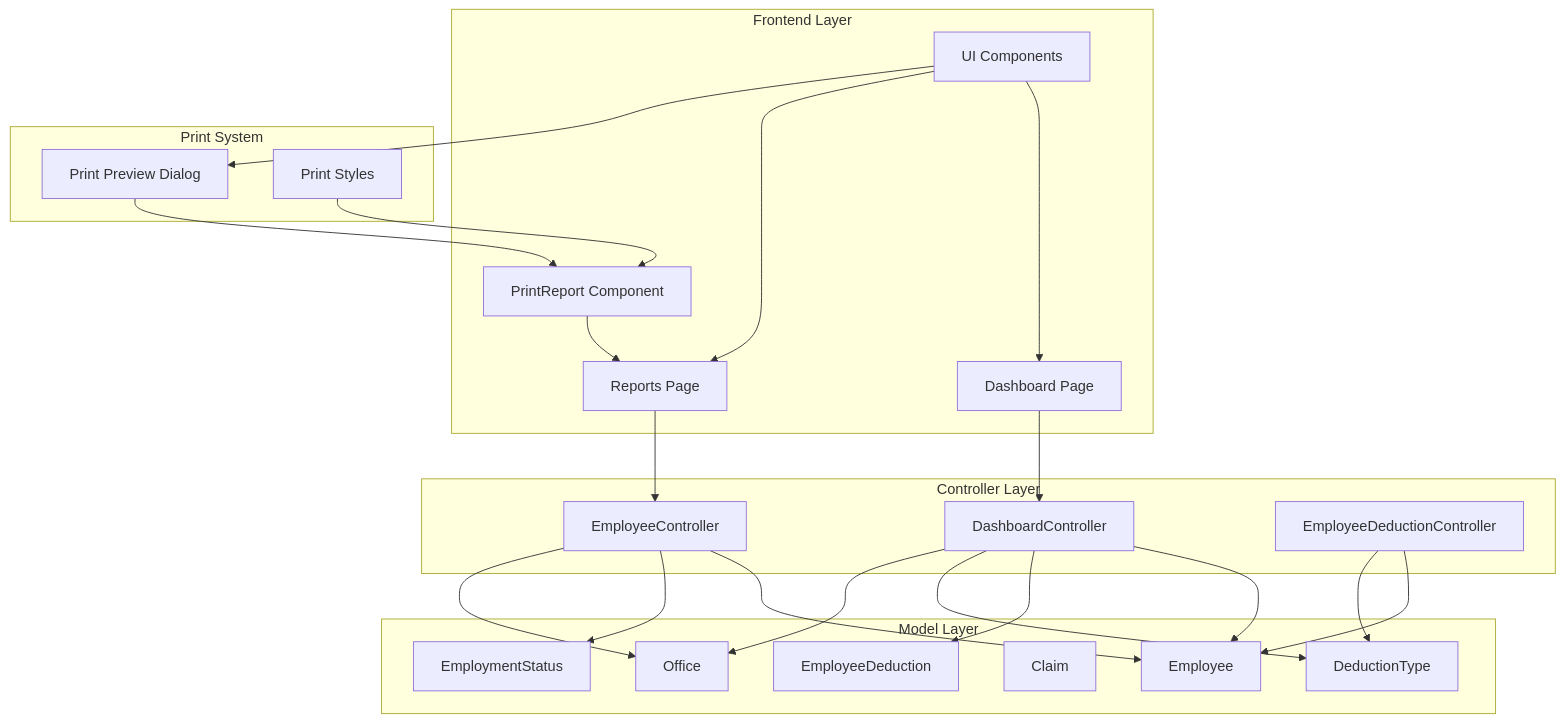
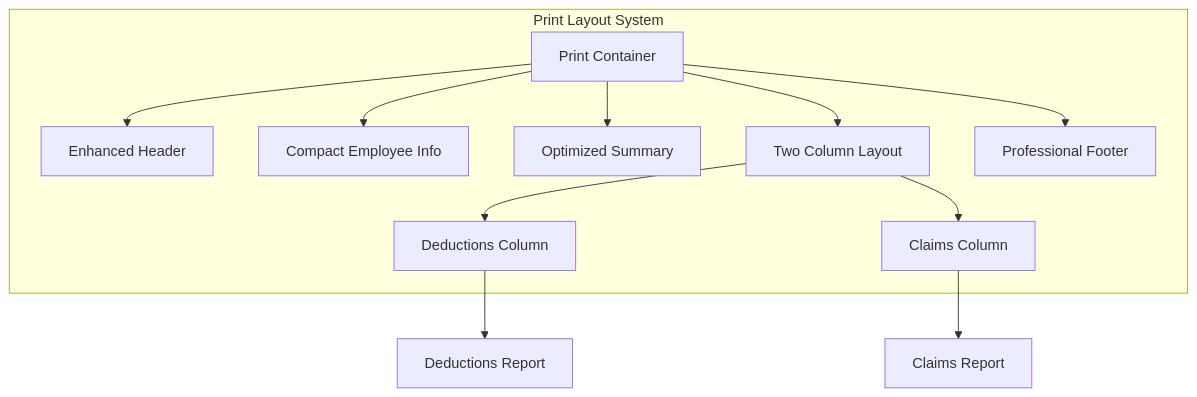
One commit to vincet0t15/template changed diagram 16 of 16 in .qoder/repowiki/en/content/Employee Management/Employee Reports Dashboard.md. Above: the diagram before and after it, drawn with Mermaid. The commit also changed other lines of this file and 6 other files, not shown here.

````diff
--- a/.qoder/repowiki/en/content/Employee Management/Employee Reports Dashboard.md
+++ b/.qoder/repowiki/en/content/Employee Management/Employee Reports Dashboard.md
@@ -508,43 +701,22 @@
 ```mermaid
 graph TB
-subgraph "Controller Layer"
-DC[DashboardController]
-EC[EmployeeController]
-ED[EmployeeDeductionController]
+subgraph "Print Layout System"
+PrintContainer[Print Container]
+Header[Enhanced Header]
+EmployeeInfo[Compact Employee Info]
+Summary[Optimized Summary]
+TwoColumnLayout[Two Column Layout]
+DeductionsColumn[Deductions Column]
+ClaimsColumn[Claims Column]
+Footer[Professional Footer]
 end
-subgraph "Model Layer"
-Emp[Employee]
-EDed[EmployeeDeduction]
-DT[DeductionType]
-Cl[Claim]
-Off[Office]
-ES[EmploymentStatus]
-end
-subgraph "Frontend Layer"
-Dash[Dashboard Page]
-Rep[Reports Page]
-PrintComp[PrintReport Component]
-UI[UI Components]
-end
-subgraph "Print System"
-PrintDialog[Print Preview Dialog]
-PrintStyles[Print Styles]
-end
-DC --> Emp
-DC --> EDed
-DC --> DT
-DC --> Off
-EC --> Emp
-EC --> ES
-EC --> Off
-ED --> Emp
-ED --> DT
-Dash --> DC
-Rep --> EC
-PrintComp --> Rep
-PrintDialog --> PrintComp
-PrintStyles --> PrintComp
-UI --> Dash
-UI --> Rep
-UI --> PrintDialog
+PrintContainer --> Header
+PrintContainer --> EmployeeInfo
+PrintContainer --> Summary
+PrintContainer --> TwoColumnLayout
+TwoColumnLayout --> DeductionsColumn
+TwoColumnLayout --> ClaimsColumn
+DeductionsColumn --> DeductionsReport["Deductions Report"]
+ClaimsColumn --> ClaimsReport["Claims Report"]
+PrintContainer --> Footer
 ```
````
